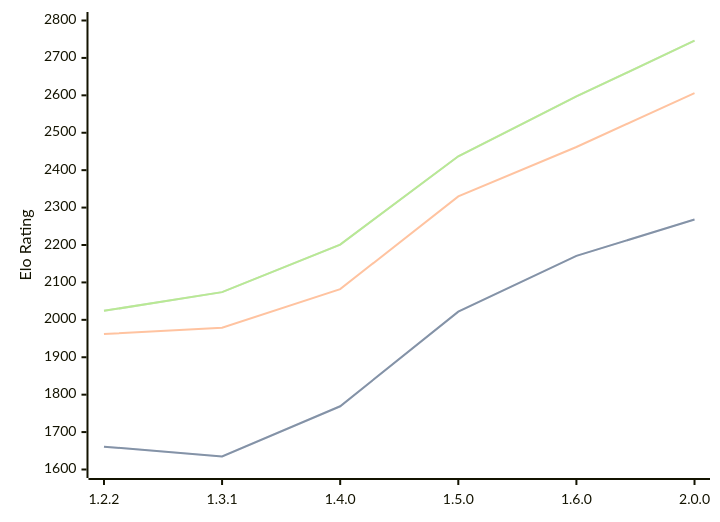
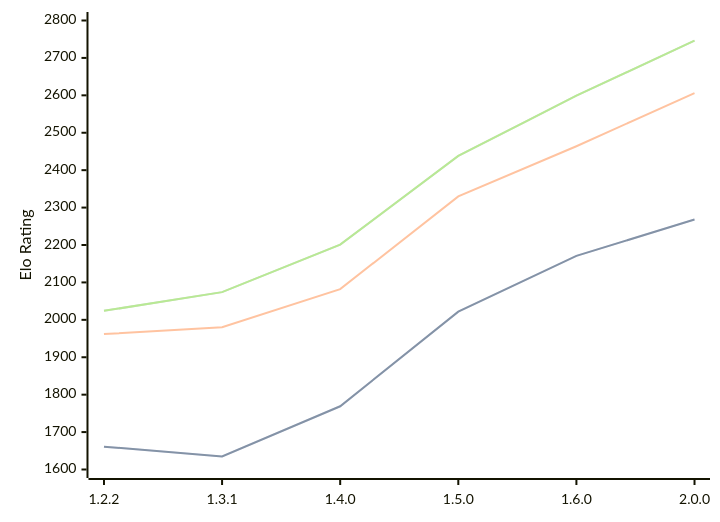
The diagram in engines/SoloEngine.md (computer-chess-index/cci), drawn with Mermaid before and after one commit. The commit also changed other lines of this file, not shown here.

Commit message:
Update CCI Ratings (ELO VLTC) - 2026-05-22

````diff
--- a/engines/SoloEngine.md
+++ b/engines/SoloEngine.md
@@ -37,11 +37,11 @@
 ```mermaid
 %%{init: {"theme":"base","themeVariables":{"seriesColors:['#a3a3a3','#222221','#faa371']}}}%%
 xychart-beta
   x-axis ["1.2.2", "1.3.1", "1.4.0", "1.5.0", "1.6.0", "2.0.0"]
   y-axis "Elo Rating" 1600 --> 2800
   line "STC (8.0+0.08s)" [1661, 1635, 1769, 2022, 2171, 2268]
   line "STC (8.0+0.08s)" [1661, 1635, 1769, 2022, 2171, 2268]
-  line "LTC (60.0+0.60s)" [1962, 1979, 2082, 2330, 2462, 2606]
-  line "VLTC (2m24s+1.12s)" [2024, 2074, 2201, 2437, 2597, 2746]
-  line "VLTC (2m24s+1.12s)" [2024, 2074, 2201, 2437, 2597, 2746]
+  line "LTC (60.0+0.60s)" [1962, 1980, 2082, 2330, 2464, 2606]
+  line "VLTC (2m24s+1.12s)" [2024, 2074, 2201, 2438, 2599, 2746]
+  line "VLTC (2m24s+1.12s)" [2024, 2074, 2201, 2438, 2599, 2746]
 ```
````
